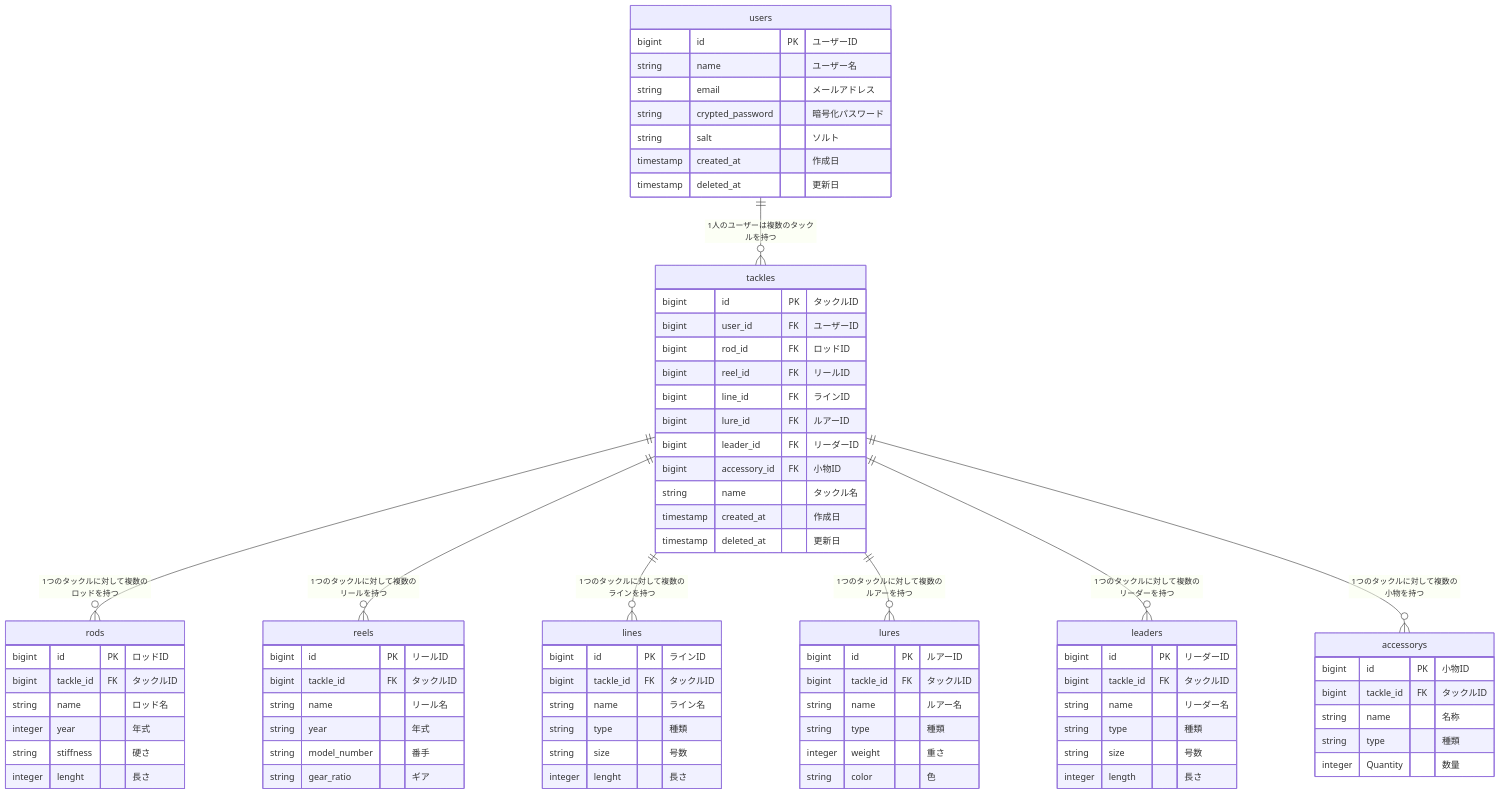
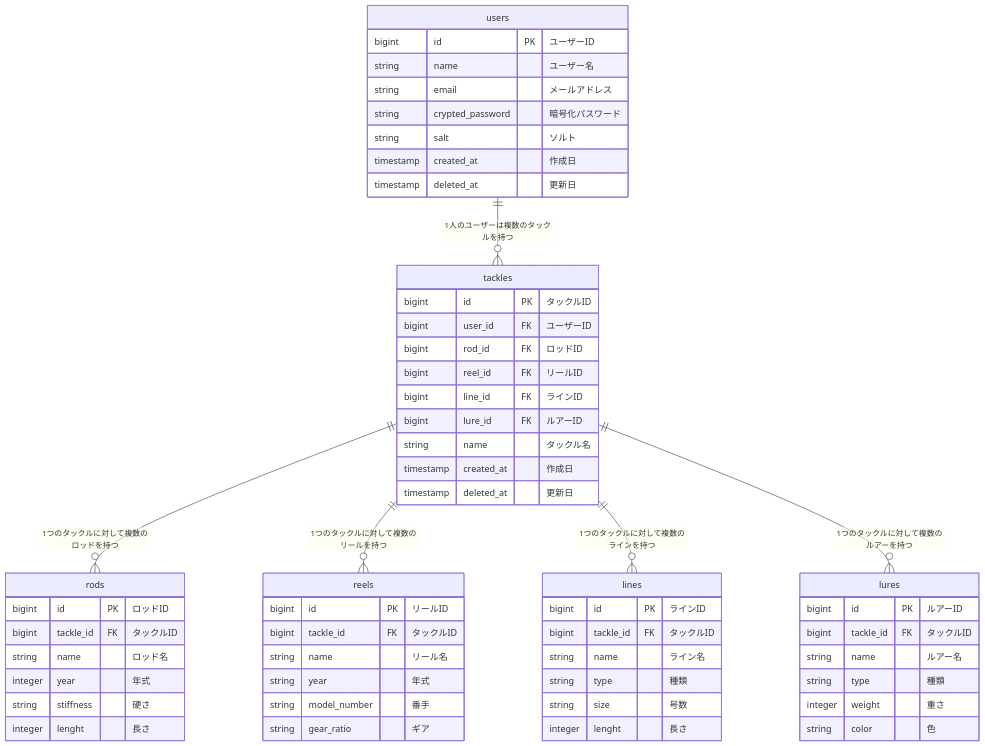
Before and after one commit to rei-dev99/TackleMaster: the diagram in README.md, drawn with Mermaid.

````diff
--- a/README.md
+++ b/README.md
@@ -114,8 +114,6 @@
   tackles ||--o{ reels: "1つのタックルに対して複数のリールを持つ"
   tackles ||--o{ lines: "1つのタックルに対して複数のラインを持つ"
   tackles ||--o{ lures: "1つのタックルに対して複数のルアーを持つ"
-  tackles ||--o{ leaders: "1つのタックルに対して複数のリーダーを持つ"
-  tackles ||--o{ accessorys: "1つのタックルに対して複数の小物を持つ"
 
   users {
     bigint id PK "ユーザーID"
@@ -134,8 +132,6 @@
     bigint reel_id FK "リールID"
     bigint line_id FK "ラインID"
     bigint lure_id FK "ルアーID"
-    bigint leader_id FK "リーダーID"
-    bigint accessory_id FK "小物ID"
     string name "タックル名"
     timestamp created_at "作成日"
     timestamp deleted_at "更新日"
@@ -176,21 +172,4 @@
     integer weight "重さ"
     string color "色"
   }
-
-  leaders {
-    bigint id PK "リーダーID"
-    bigint tackle_id FK "タックルID"
-    string name "リーダー名"
-    string type "種類"
-    string size "号数"
-    integer length "長さ"
-  }
-
-  accessorys {
-    bigint id PK "小物ID"
-    bigint tackle_id FK "タックルID"
-    string name "名称"
-    string type  "種類"
-    integer Quantity "数量"
-  }
 ```
````
